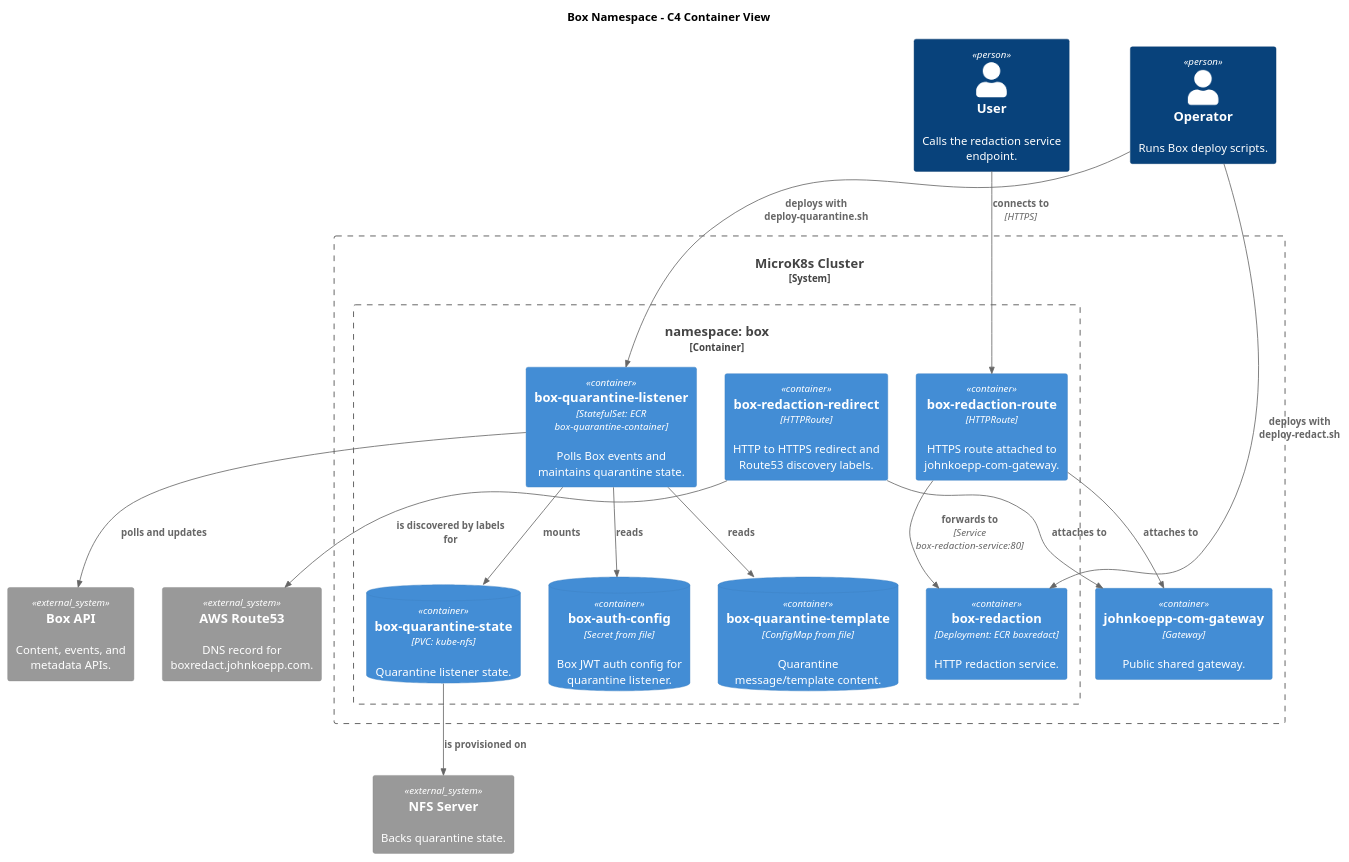
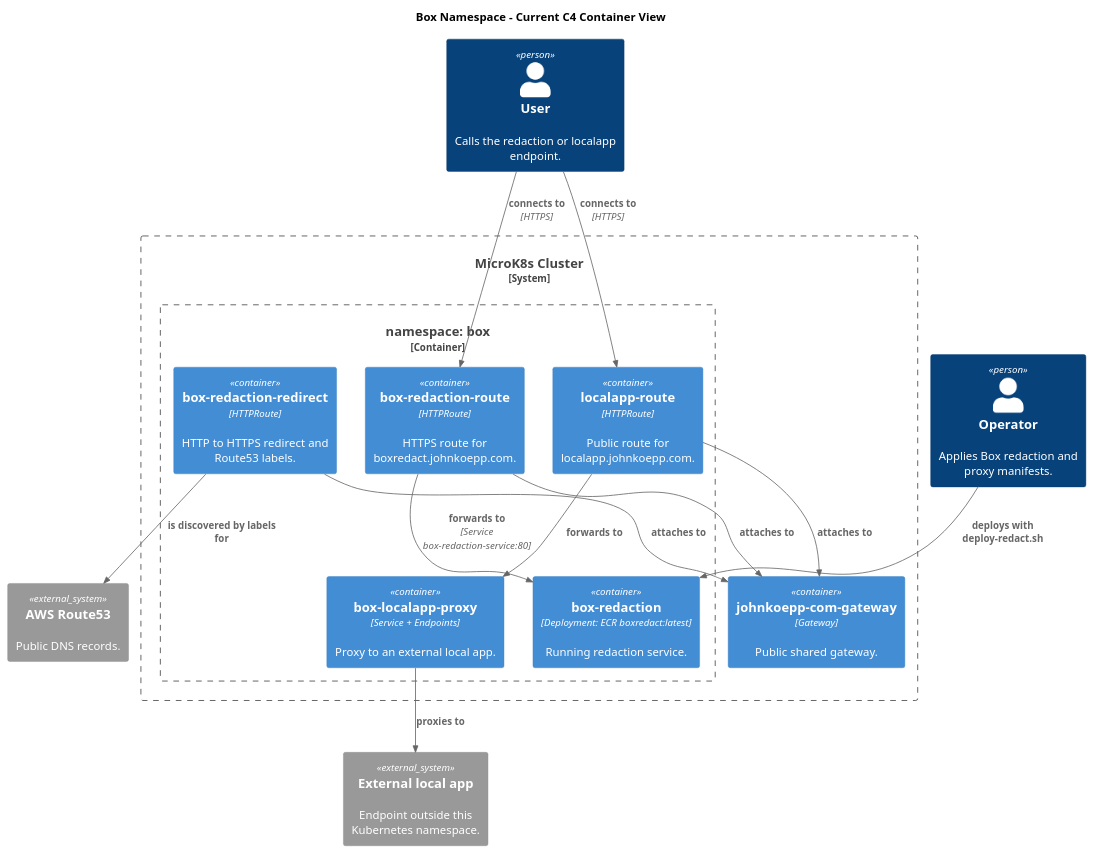
One commit to koeppj/kubernetes-sandbox changed the diagram in docs/c4/box.puml. Above: the diagram before and after it, drawn with PlantUML. The commit also changed 11 other files, not shown here.

```diff
--- a/docs/c4/box.puml
+++ b/docs/c4/box.puml
@@ -1,40 +1,34 @@
 @startuml box
 !includeurl https://raw.githubusercontent.com/plantuml-stdlib/C4-PlantUML/master/C4_Container.puml
 
-title Box Namespace - C4 Container View
+title Box Namespace - Current C4 Container View
 
-Person(user, "User", "Calls the redaction service endpoint.")
-Person(operator, "Operator", "Runs Box deploy scripts.")
+Person(user, "User", "Calls the redaction or localapp endpoint.")
+Person(operator, "Operator", "Applies Box redaction and proxy manifests.")
 
 System_Boundary(cluster, "MicroK8s Cluster") {
   Container_Boundary(ns, "namespace: box") {
-    Container(routeHttps, "box-redaction-route", "HTTPRoute", "HTTPS route attached to johnkoepp-com-gateway.")
-    Container(routeRedirect, "box-redaction-redirect", "HTTPRoute", "HTTP to HTTPS redirect and Route53 discovery labels.")
-    Container(redaction, "box-redaction", "Deployment: ECR boxredact", "HTTP redaction service.")
-    Container(quarantine, "box-quarantine-listener", "StatefulSet: ECR box-quarantine-container", "Polls Box events and maintains quarantine state.")
-    ContainerDb(boxAuth, "box-auth-config", "Secret from file", "Box JWT auth config for quarantine listener.")
-    ContainerDb(template, "box-quarantine-template", "ConfigMap from file", "Quarantine message/template content.")
-    ContainerDb(statePvc, "box-quarantine-state", "PVC: kube-nfs", "Quarantine listener state.")
+    Container(routeHttps, "box-redaction-route", "HTTPRoute", "HTTPS route for boxredact.johnkoepp.com.")
+    Container(routeRedirect, "box-redaction-redirect", "HTTPRoute", "HTTP to HTTPS redirect and Route53 labels.")
+    Container(redaction, "box-redaction", "Deployment: ECR boxredact:latest", "Running redaction service.")
+    Container(localappRoute, "localapp-route", "HTTPRoute", "Public route for localapp.johnkoepp.com.")
+    Container(localappProxy, "box-localapp-proxy", "Service + Endpoints", "Proxy to an external local app.")
   }
-
   Container(publicGateway, "johnkoepp-com-gateway", "Gateway", "Public shared gateway.")
 }
 
-System_Ext(route53, "AWS Route53", "DNS record for boxredact.johnkoepp.com.")
-System_Ext(boxApi, "Box API", "Content, events, and metadata APIs.")
-System_Ext(nfs, "NFS Server", "Backs quarantine state.")
+System_Ext(route53, "AWS Route53", "Public DNS records.")
+System_Ext(localapp, "External local app", "Endpoint outside this Kubernetes namespace.")
 
 Rel(user, routeHttps, "connects to", "HTTPS")
+Rel(user, localappRoute, "connects to", "HTTPS")
 Rel(routeHttps, publicGateway, "attaches to")
 Rel(routeRedirect, publicGateway, "attaches to")
+Rel(localappRoute, publicGateway, "attaches to")
 Rel(routeRedirect, route53, "is discovered by labels for")
 Rel(routeHttps, redaction, "forwards to", "Service box-redaction-service:80")
-Rel(quarantine, boxApi, "polls and updates")
-Rel(quarantine, boxAuth, "reads")
-Rel(quarantine, template, "reads")
-Rel(quarantine, statePvc, "mounts")
-Rel(statePvc, nfs, "is provisioned on")
-Rel(operator, quarantine, "deploys with deploy-quarantine.sh")
+Rel(localappRoute, localappProxy, "forwards to")
+Rel(localappProxy, localapp, "proxies to")
 Rel(operator, redaction, "deploys with deploy-redact.sh")
 
 @enduml
```
